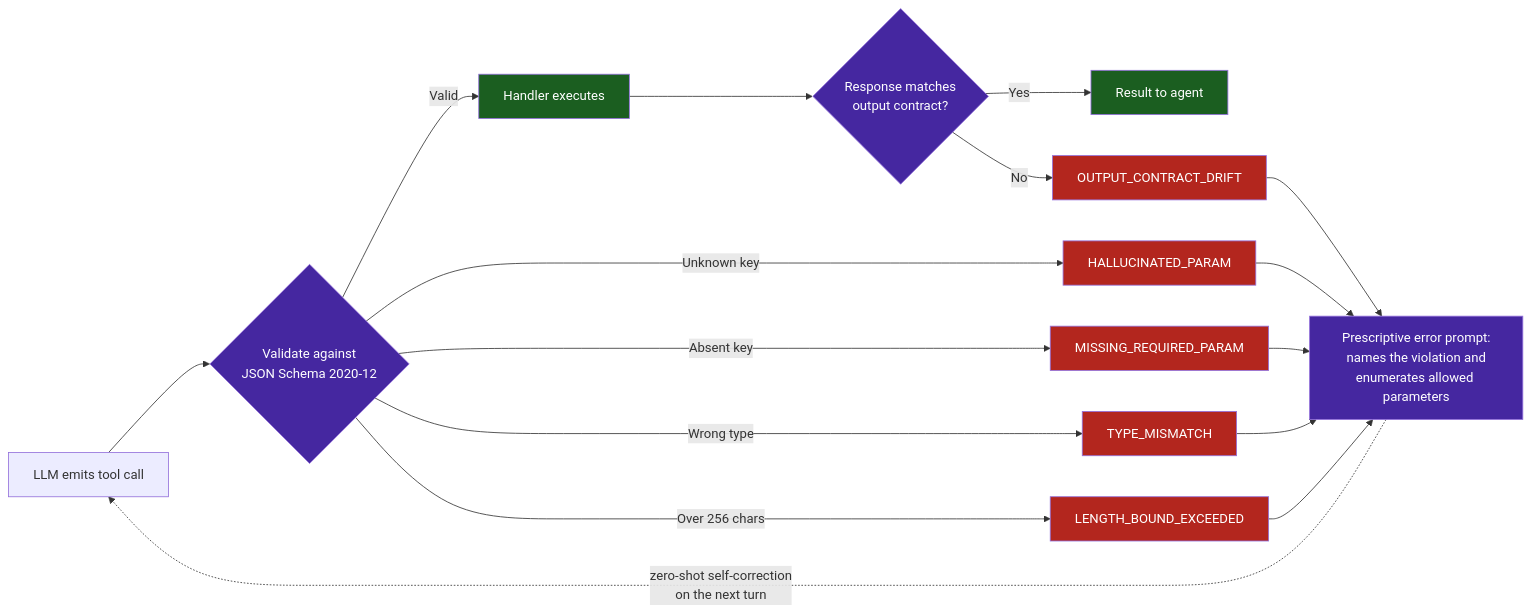
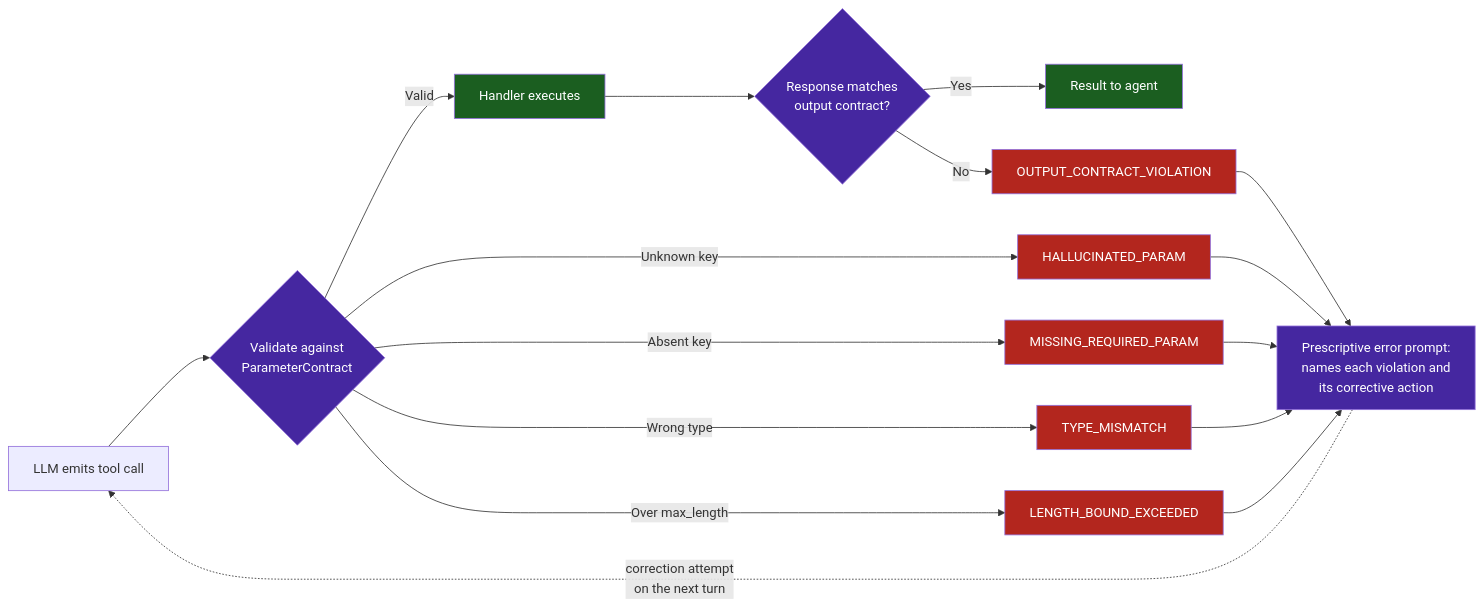
One commit to dan-petty/vibes changed the diagram in examples/tool-contract-verifier/README.md. Above: the diagram before and after it, drawn with Mermaid. The commit also changed other lines of this file and 248 other files, not shown here.

````diff
--- a/examples/tool-contract-verifier/README.md
+++ b/examples/tool-contract-verifier/README.md
@@ -19,24 +21,24 @@
 ```mermaid
 flowchart LR
     classDef failure fill:#b3261e,color:#fff
     classDef success fill:#1b5e20,color:#fff
     classDef accent fill:#4527a0,color:#fff
 
-    Model["LLM emits tool call"] --> Gate{"Validate against<br/>JSON Schema 2020-12"}:::accent
+    Model["LLM emits tool call"] --> Gate{"Validate against<br/>ParameterContract"}:::accent
     Gate -->|"Valid"| Exec["Handler executes"]:::success
     Exec --> Out{"Response matches<br/>output contract?"}:::accent
     Out -->|"Yes"| Return["Result to agent"]:::success
-    Out -->|"No"| Drift["OUTPUT_CONTRACT_DRIFT"]:::failure
+    Out -->|"No"| Drift["OUTPUT_CONTRACT_VIOLATION"]:::failure
 
     Gate -->|"Unknown key"| H["HALLUCINATED_PARAM"]:::failure
     Gate -->|"Absent key"| M["MISSING_REQUIRED_PARAM"]:::failure
     Gate -->|"Wrong type"| T["TYPE_MISMATCH"]:::failure
-    Gate -->|"Over 256 chars"| L["LENGTH_BOUND_EXCEEDED"]:::failure
+    Gate -->|"Over max_length"| L["LENGTH_BOUND_EXCEEDED"]:::failure
 
-    H --> Prompt["Prescriptive error prompt:<br/>names the violation and<br/>enumerates allowed parameters"]:::accent
+    H --> Prompt["Prescriptive error prompt:<br/>names each violation and<br/>its corrective action"]:::accent
     M --> Prompt
     T --> Prompt
     L --> Prompt
     Drift --> Prompt
-    Prompt -.->|"zero-shot self-correction<br/>on the next turn"| Model
+    Prompt -.->|"correction attempt<br/>on the next turn"| Model
 ```
````
